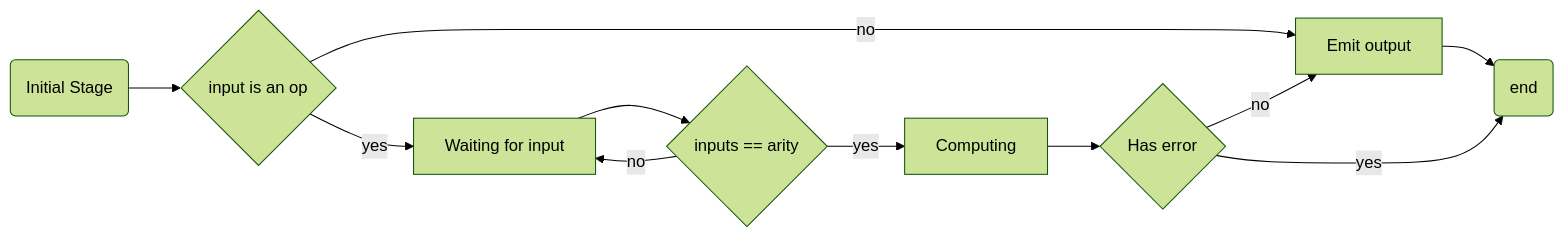
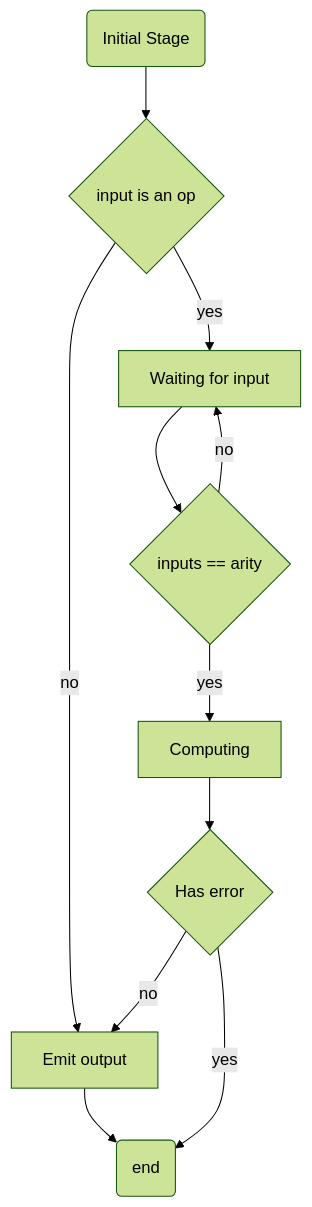
One commit to gorgonia/gorgonia.github.io changed the diagram in content/reference/vm/gomachine.md. Above: the diagram before and after it, drawn with Mermaid (forest theme). The commit also changed other lines of this file, not shown here.

```diff
--- a/content/reference/vm/gomachine.md
+++ b/content/reference/vm/gomachine.md
@@ -41,13 +41,13 @@
 {{<mermaid align="left">}}
-graph LR;
+graph TB;
     A(Initial Stage) --> BB{input is an op}
     BB -->|no| D[Emit output]
     BB -->|yes| B[Waiting for input]
     B --> C{inputs == arity}
     C -->|no| B
     C -->|yes| Computing
     Computing --> E{Has error}
     E -->|no| D
     E -->|yes| F
     D --> F(end)
 {{< /mermaid >}}
```
